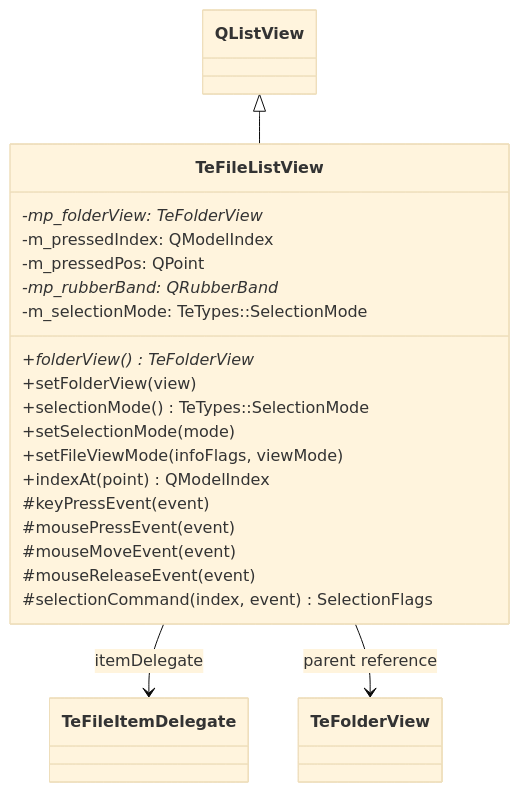
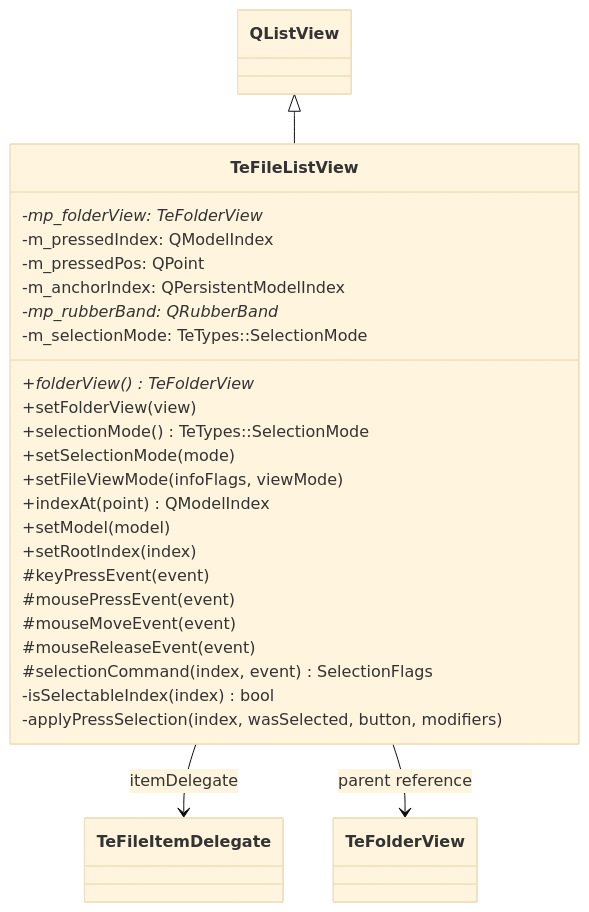
Before and after one commit to takashiK/TableEngine: the first of 2 diagrams in doc/markdown/widgets/TeFileListView.md, drawn with Mermaid (base theme). The commit also changed other lines of this file and 21 other files, not shown here.

````diff
--- a/doc/markdown/widgets/TeFileListView.md
+++ b/doc/markdown/widgets/TeFileListView.md
@@ -15,28 +15,33 @@
 ```mermaid
 classDiagram
     class TeFileListView {
         +folderView() TeFolderView*
         +setFolderView(view)
         +selectionMode() TeTypes::SelectionMode
         +setSelectionMode(mode)
         +setFileViewMode(infoFlags, viewMode)
         +indexAt(point) QModelIndex
+        +setModel(model)
+        +setRootIndex(index)
         #keyPressEvent(event)
         #mousePressEvent(event)
         #mouseMoveEvent(event)
         #mouseReleaseEvent(event)
         #selectionCommand(index, event) SelectionFlags
+        -isSelectableIndex(index) bool
+        -applyPressSelection(index, wasSelected, button, modifiers)
         -mp_folderView: TeFolderView*
         -m_pressedIndex: QModelIndex
         -m_pressedPos: QPoint
+        -m_anchorIndex: QPersistentModelIndex
         -mp_rubberBand: QRubberBand*
         -m_selectionMode: TeTypes::SelectionMode
     }
     class QListView
     class TeFileItemDelegate
     class TeFolderView
 
     QListView <|-- TeFileListView
     TeFileListView --> TeFileItemDelegate : itemDelegate
     TeFileListView --> TeFolderView : parent reference
 ```
````
